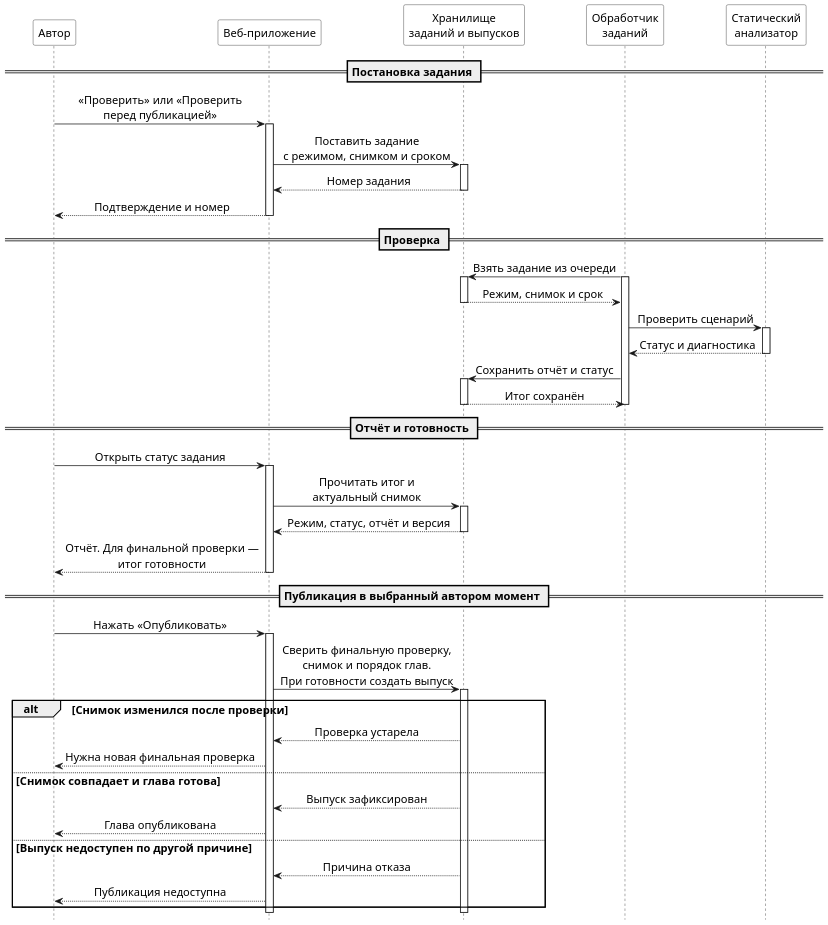
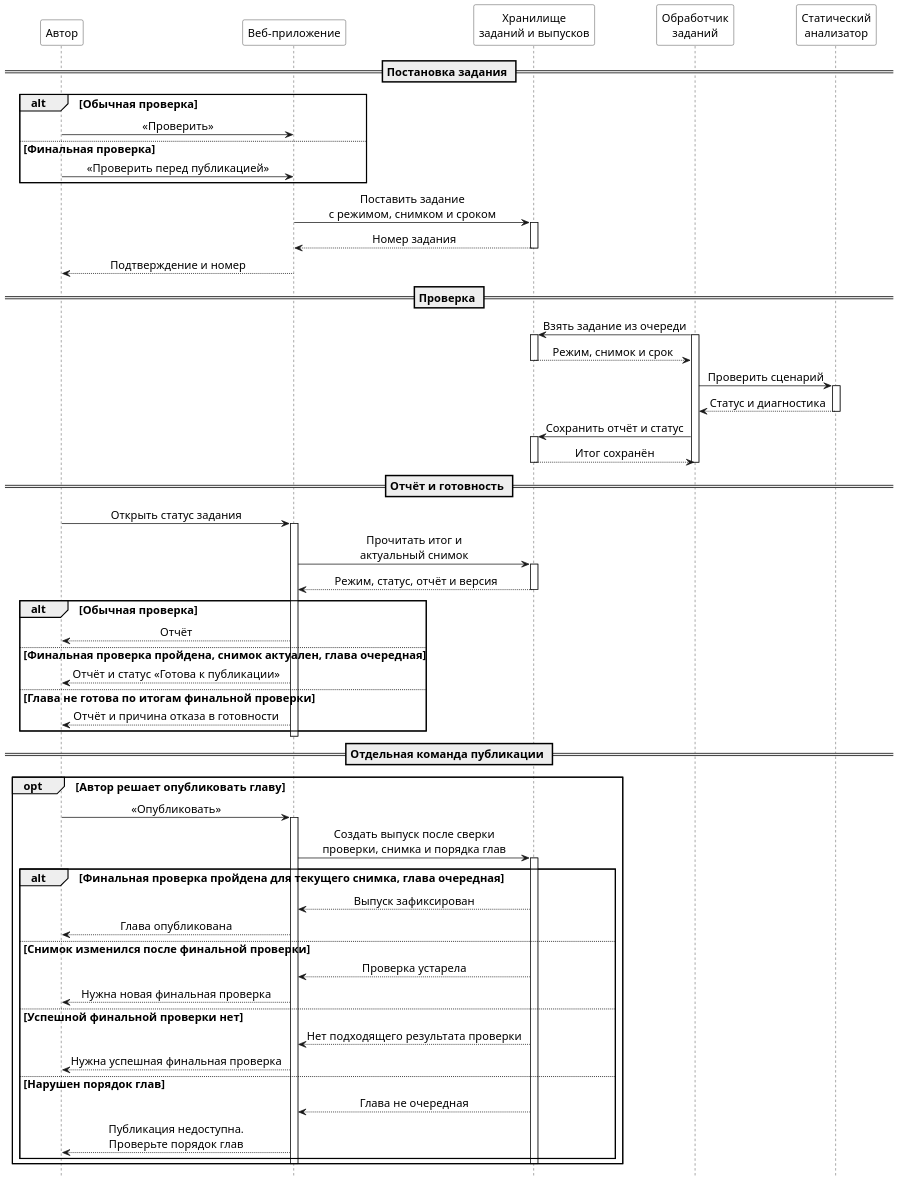
The diagram in assets/check-publish.puml (paltovkletku/s7_vkr), drawn with PlantUML before and after one commit. The commit also changed 2 other files, not shown here.

Commit message:
Уточнить финальную проверку перед публикацией

```diff
--- a/assets/check-publish.puml
+++ b/assets/check-publish.puml
@@ -1,74 +1,87 @@
 @startuml
 hide footbox
 skinparam monochrome true
 skinparam shadowing false
 skinparam backgroundColor white
 skinparam defaultFontName Arial
 skinparam defaultFontSize 15
 skinparam dpi 145
 skinparam ParticipantBackgroundColor white
 skinparam ActivityBackgroundColor white
 skinparam LifeLineBackgroundColor white
 skinparam SequenceGroupHeaderBackgroundColor white
 skinparam sequenceMessageAlign center
 skinparam ParticipantPadding 18
 participant "Автор" as A
 participant "Веб-приложение" as W
 participant "Хранилище\nзаданий и выпусков" as D
 participant "Обработчик\nзаданий" as J
 participant "Статический\nанализатор" as K
 
 == Постановка задания ==
-A -> W : «Проверить» или «Проверить\nперед публикацией»
-activate W
+alt Обычная проверка
+  A -> W : «Проверить»
+else Финальная проверка
+  A -> W : «Проверить перед публикацией»
+end
 W -> D : Поставить задание\nс режимом, снимком и сроком
 activate D
 D --> W : Номер задания
 deactivate D
 W --> A : Подтверждение и номер
-deactivate W
 
 == Проверка ==
 J -> D : Взять задание из очереди
 activate J
 activate D
 D --> J : Режим, снимок и срок
 deactivate D
 J -> K : Проверить сценарий
 activate K
 K --> J : Статус и диагностика
 deactivate K
 J -> D : Сохранить отчёт и статус
 activate D
 D --> J : Итог сохранён
 deactivate D
 deactivate J
 
 == Отчёт и готовность ==
 A -> W : Открыть статус задания
 activate W
 W -> D : Прочитать итог и\nактуальный снимок
 activate D
 D --> W : Режим, статус, отчёт и версия
 deactivate D
-W --> A : Отчёт. Для финальной проверки —\nитог готовности
+alt Обычная проверка
+  W --> A : Отчёт
+else Финальная проверка пройдена, снимок актуален, глава очередная
+  W --> A : Отчёт и статус «Готова к публикации»
+else Глава не готова по итогам финальной проверки
+  W --> A : Отчёт и причина отказа в готовности
+end
 deactivate W
 
-== Публикация в выбранный автором момент ==
-A -> W : Нажать «Опубликовать»
-activate W
-W -> D : Сверить финальную проверку,\nснимок и порядок глав.\nПри готовности создать выпуск
-activate D
-alt Снимок изменился после проверки
-  D --> W : Проверка устарела
-  W --> A : Нужна новая финальная проверка
-else Снимок совпадает и глава готова
-  D --> W : Выпуск зафиксирован
-  W --> A : Глава опубликована
-else Выпуск недоступен по другой причине
-  D --> W : Причина отказа
-  W --> A : Публикация недоступна
+== Отдельная команда публикации ==
+opt Автор решает опубликовать главу
+  A -> W : «Опубликовать»
+  activate W
+  W -> D : Создать выпуск после сверки\nпроверки, снимка и порядка глав
+  activate D
+  alt Финальная проверка пройдена для текущего снимка, глава очередная
+    D --> W : Выпуск зафиксирован
+    W --> A : Глава опубликована
+  else Снимок изменился после финальной проверки
+    D --> W : Проверка устарела
+    W --> A : Нужна новая финальная проверка
+  else Успешной финальной проверки нет
+    D --> W : Нет подходящего результата проверки
+    W --> A : Нужна успешная финальная проверка
+  else Нарушен порядок глав
+    D --> W : Глава не очередная
+    W --> A : Публикация недоступна.\nПроверьте порядок глав
+  end
+  deactivate D
+  deactivate W
 end
-deactivate D
-deactivate W
 @enduml
```
